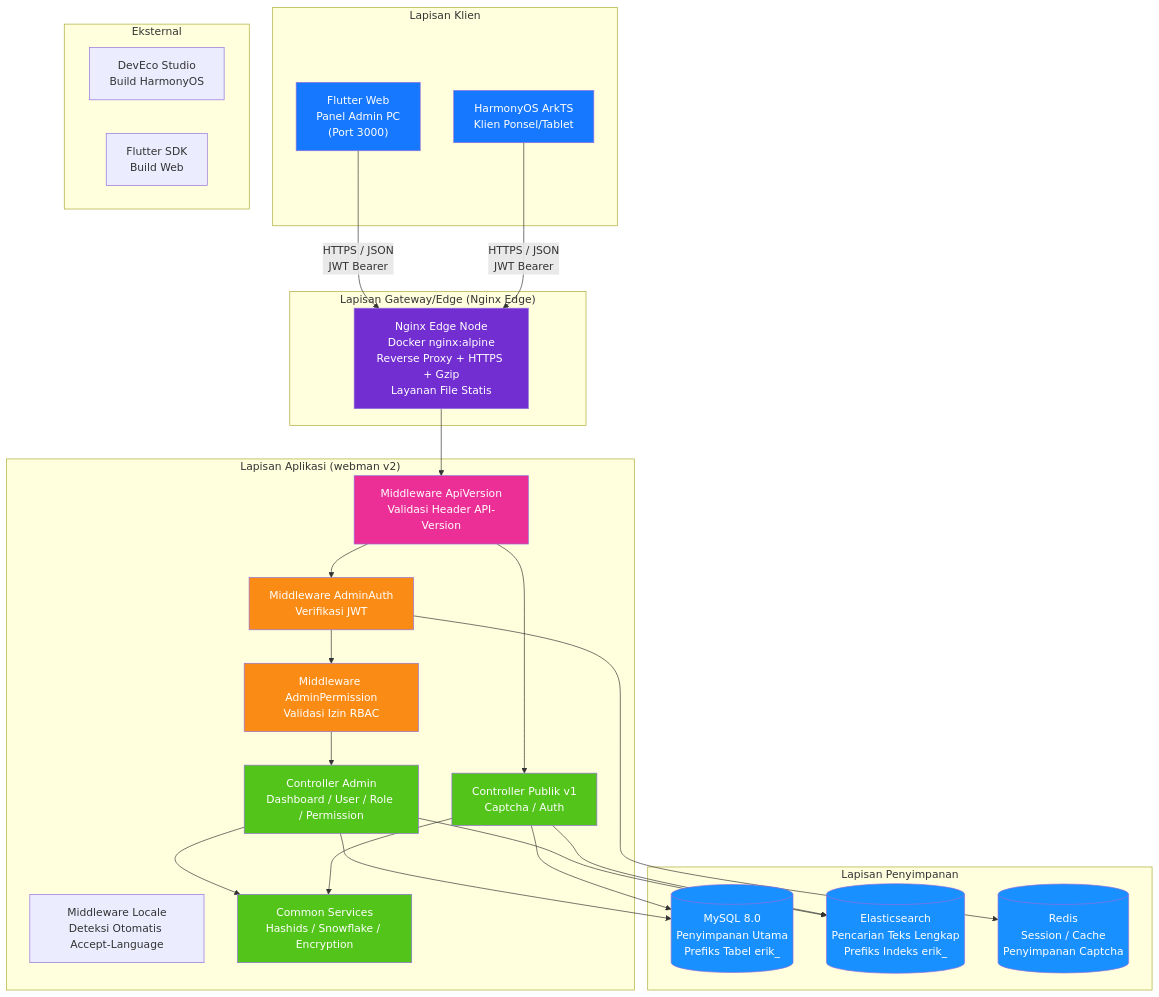
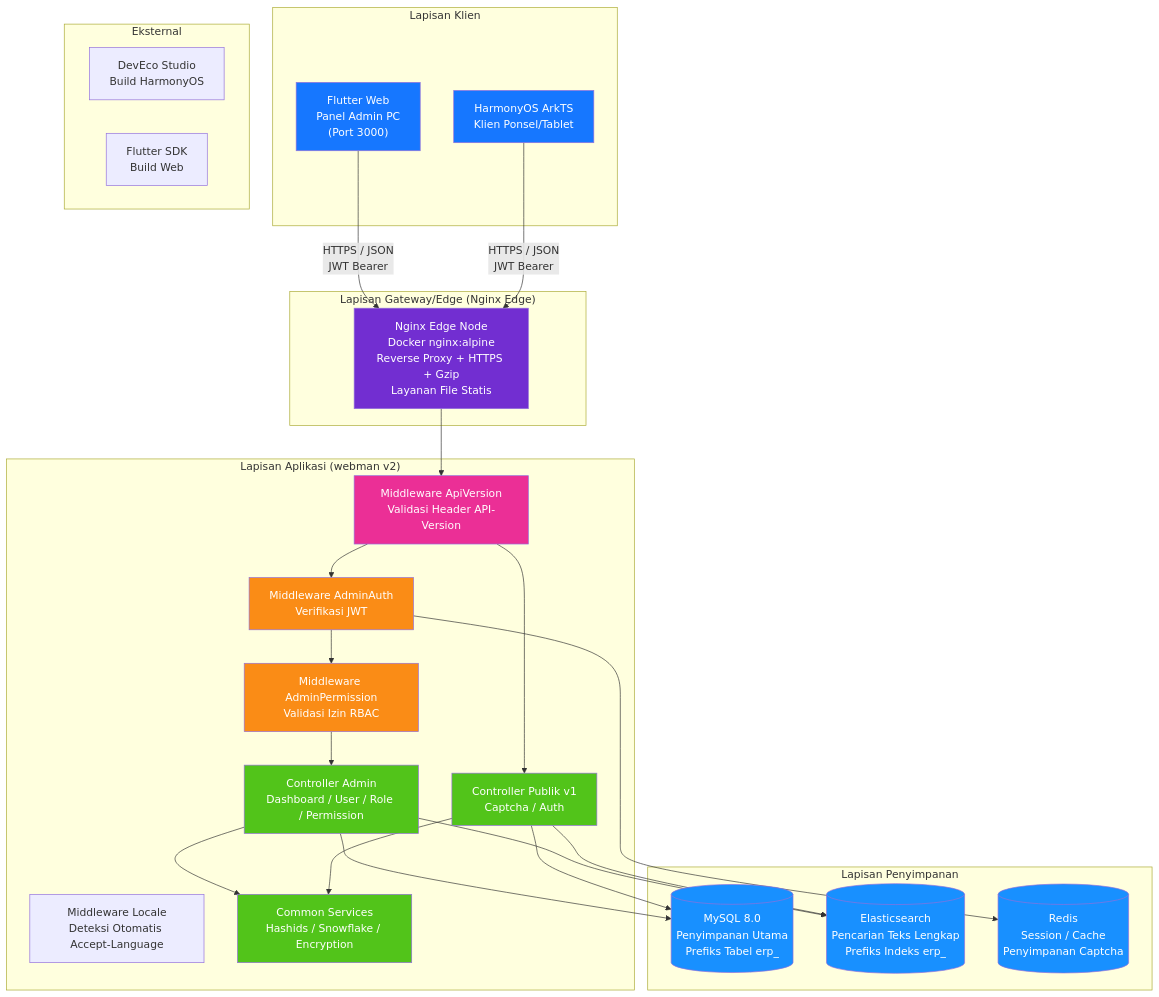
The first of 20 diagrams in docs/i18n/id/ARCHITECTURE.md (erikwang2013/erp-php), drawn with Mermaid before and after one commit. The commit also changed other lines of this file and 449 other files, not shown here.

First line of the commit message:
全局命名统一：数据库 erp、表前缀 erp_、Redis 前缀 erp:（原 erik_/open_admin）

````diff
--- a/docs/i18n/id/ARCHITECTURE.md
+++ b/docs/i18n/id/ARCHITECTURE.md
@@ -11,60 +11,60 @@
 ```mermaid
 flowchart TB
     subgraph "Lapisan Klien"
         A1["Flutter Web<br/>Panel Admin PC<br/>(Port 3000)"]
         A2["HarmonyOS ArkTS<br/>Klien Ponsel/Tablet"]
     end
 
     subgraph "Lapisan Gateway/Edge (Nginx Edge)"
         B1["Nginx Edge Node<br/>Docker nginx:alpine<br/>Reverse Proxy + HTTPS + Gzip<br/>Layanan File Statis"]
     end
 
     subgraph "Lapisan Aplikasi (webman v2)"
         C_LOC["Middleware Locale<br/>Deteksi Otomatis Accept-Language"]
         C0["Middleware ApiVersion<br/>Validasi Header API-Version"]
         C1["Middleware AdminAuth<br/>Verifikasi JWT"]
         C2["Middleware AdminPermission<br/>Validasi Izin RBAC"]
         C3["Controller Admin<br/>Dashboard / User / Role / Permission"]
         C4["Controller Publik v1<br/>Captcha / Auth"]
         C5["Common Services<br/>Hashids / Snowflake / Encryption"]
     end
 
     subgraph "Lapisan Penyimpanan"
-        D1[("MySQL 8.0<br/>Penyimpanan Utama<br/>Prefiks Tabel erik_")]
-        D2[("Elasticsearch<br/>Pencarian Teks Lengkap<br/>Prefiks Indeks erik_")]
+        D1[("MySQL 8.0<br/>Penyimpanan Utama<br/>Prefiks Tabel erp_")]
+        D2[("Elasticsearch<br/>Pencarian Teks Lengkap<br/>Prefiks Indeks erp_")]
         D3[("Redis<br/>Session / Cache<br/>Penyimpanan Captcha")]
     end
 
     subgraph "Eksternal"
         E1["DevEco Studio<br/>Build HarmonyOS"]
         E2["Flutter SDK<br/>Build Web"]
     end
 
     A1 -->|"HTTPS / JSON<br/>JWT Bearer"| B1
     A2 -->|"HTTPS / JSON<br/>JWT Bearer"| B1
     B1 --> C0
     C0 --> C1
     C1 --> C2
     C2 --> C3
     C0 --> C4
     C3 --> C5
     C4 --> C5
     C3 --> D1
     C4 --> D1
     C3 --> D2
     C4 --> D2
     C1 --> D3
 
     style A1 fill:#1677FF,color:#fff
     style A2 fill:#1677FF,color:#fff
     style B1 fill:#722ED1,color:#fff
     style C0 fill:#EB2F96,color:#fff
     style C1 fill:#FA8C16,color:#fff
     style C2 fill:#FA8C16,color:#fff
     style C3 fill:#52C41A,color:#fff
     style C4 fill:#52C41A,color:#fff
     style C5 fill:#52C41A,color:#fff
     style D1 fill:#1890FF,color:#fff
     style D2 fill:#1890FF,color:#fff
     style D3 fill:#1890FF,color:#fff
 ```
````
